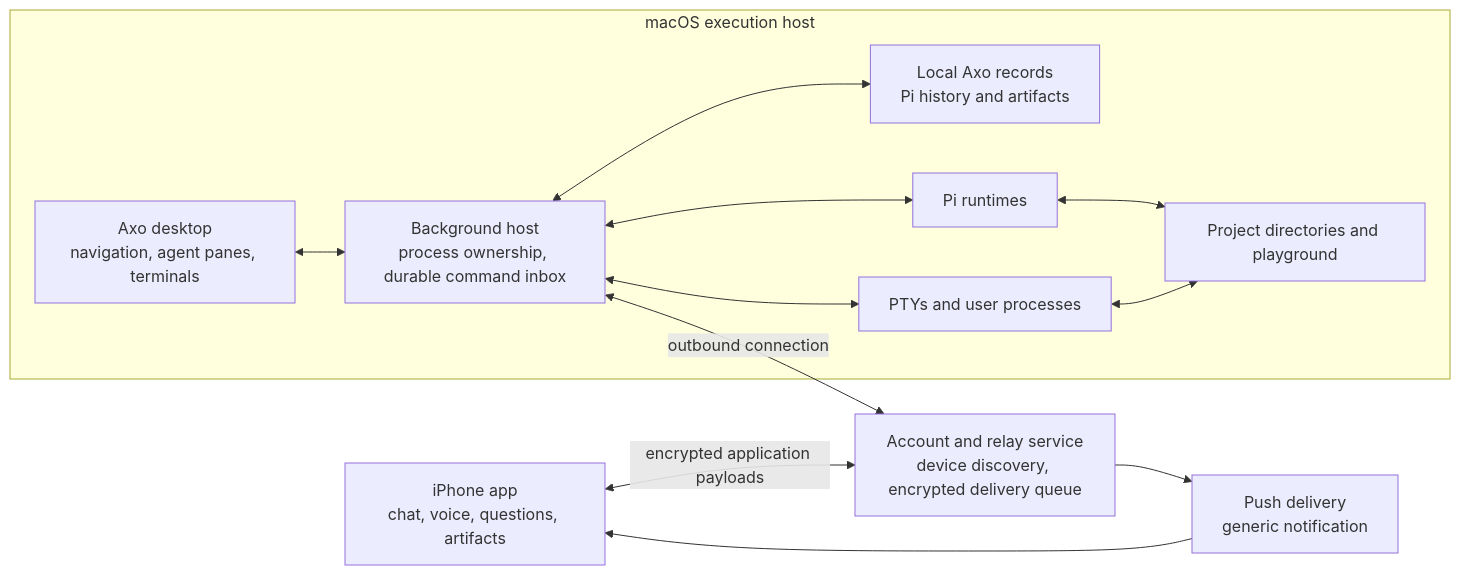
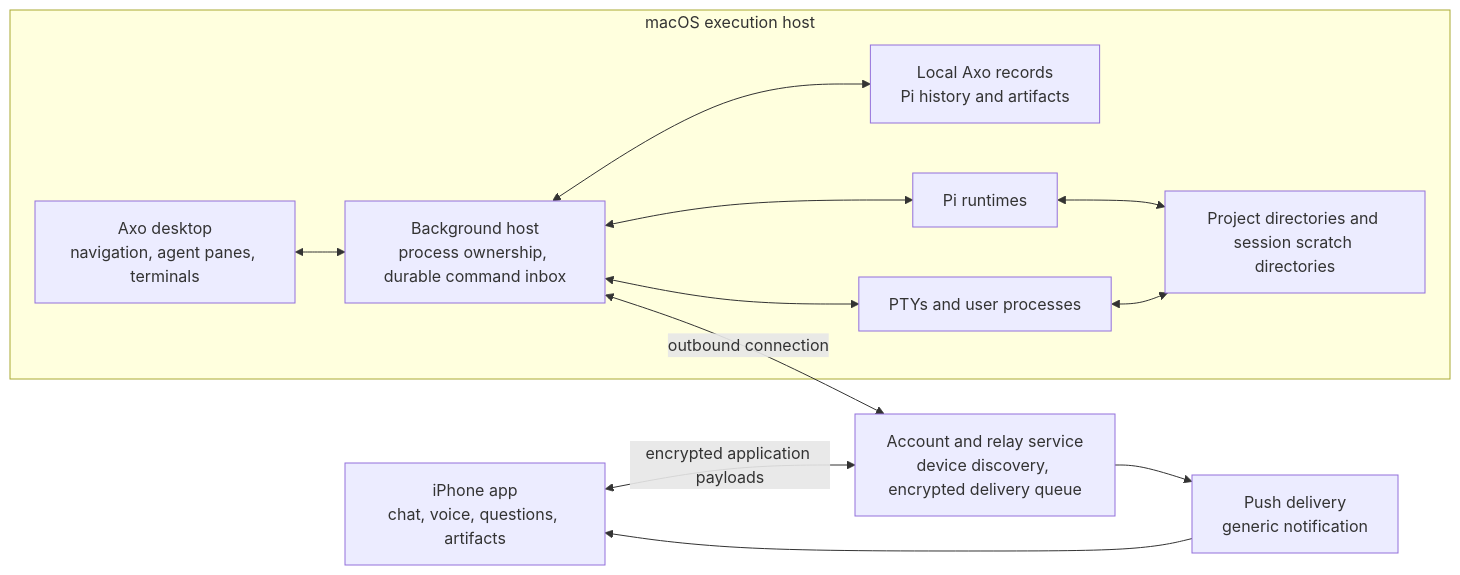
One commit to leostera/axo changed the second of 3 diagrams in docs/rfds/RFD0001-axo-continuous-agent-workspaces.md. Above: the diagram before and after it, drawn with Mermaid. The commit also changed other lines of this file and 10 other files, not shown here.

````diff
--- a/docs/rfds/RFD0001-axo-continuous-agent-workspaces.md
+++ b/docs/rfds/RFD0001-axo-continuous-agent-workspaces.md
@@ -167,24 +167,24 @@
 ```mermaid
 flowchart LR
     Phone[iPhone app\nchat, voice, questions, artifacts]
     Relay[Account and relay service\ndevice discovery, encrypted delivery queue]
     Push[Push delivery\ngeneric notification]
     subgraph Mac[macOS execution host]
         UI[Axo desktop\nnavigation, agent panes, terminals]
         Host[Background host\nprocess ownership, durable command inbox]
         Store[Local Axo records\nPi history and artifacts]
         Pi[Pi runtimes]
         PTY[PTYs and user processes]
-        Files[Project directories and playground]
+        Files[Project directories and session scratch directories]
         UI <--> Host
         Host <--> Store
         Host <--> Pi
         Host <--> PTY
         Pi <--> Files
         PTY <--> Files
     end
     Phone <-->|encrypted application payloads| Relay
     Host <-->|outbound connection| Relay
     Relay --> Push
     Push --> Phone
 ```
````
